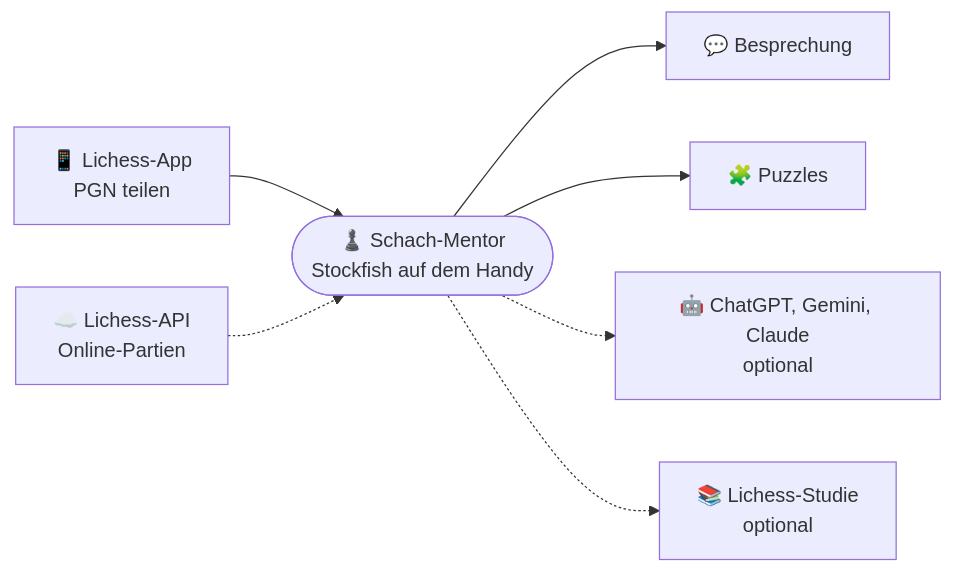
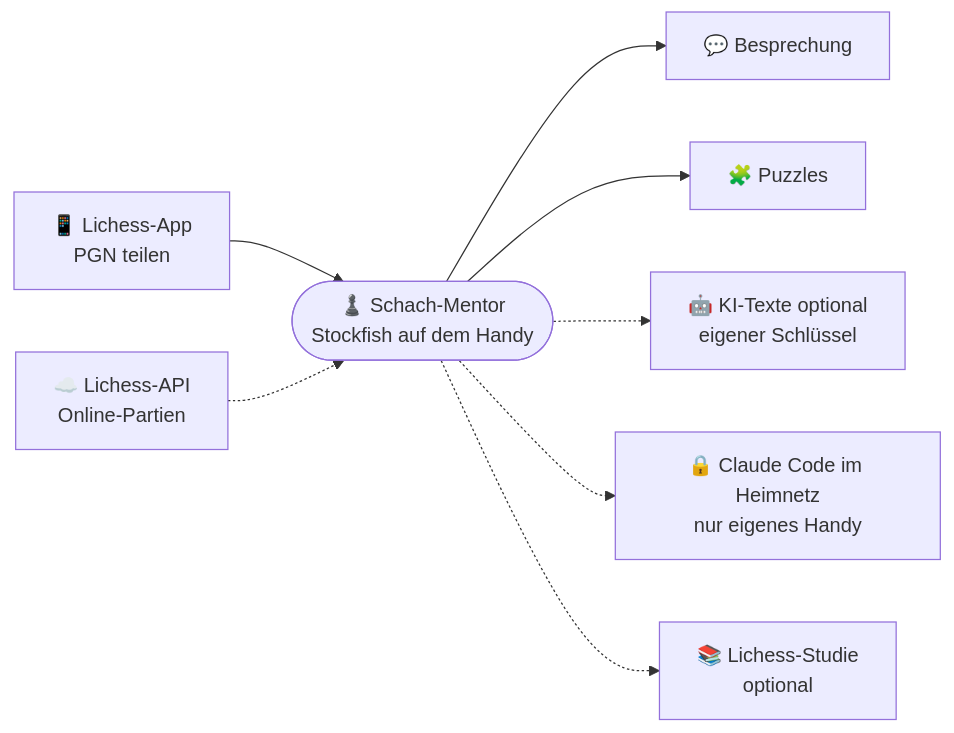
The first of 3 diagrams in README.md (adubdubdub/chess-mentor-app), drawn with Mermaid before and after one commit. The commit also changed other lines of this file, not shown here.

Commit message:
README: Roadmap nach Review (Schritte 1–8), App ersetzt den Bot, KI über Heimserver oder eigenen Schlüssel

````diff
--- a/README.md
+++ b/README.md
@@ -13,9 +13,10 @@
 ```mermaid
 flowchart LR
     A["📱 Lichess-App<br/>PGN teilen"] --> M
     L["☁️ Lichess-API<br/>Online-Partien"] -.-> M
     M(["♟️ Schach-Mentor<br/>Stockfish auf dem Handy"]) --> R["💬 Besprechung"]
     M --> P["🧩 Puzzles"]
-    M -.-> C["🤖 ChatGPT, Gemini, Claude<br/>optional"]
+    M -.-> C["🤖 KI-Texte optional<br/>eigener Schlüssel"]
+    M -.-> H["🔒 Claude Code im Heimnetz<br/>nur eigenes Handy"]
     M -.-> S["📚 Lichess-Studie<br/>optional"]
 ```
````
